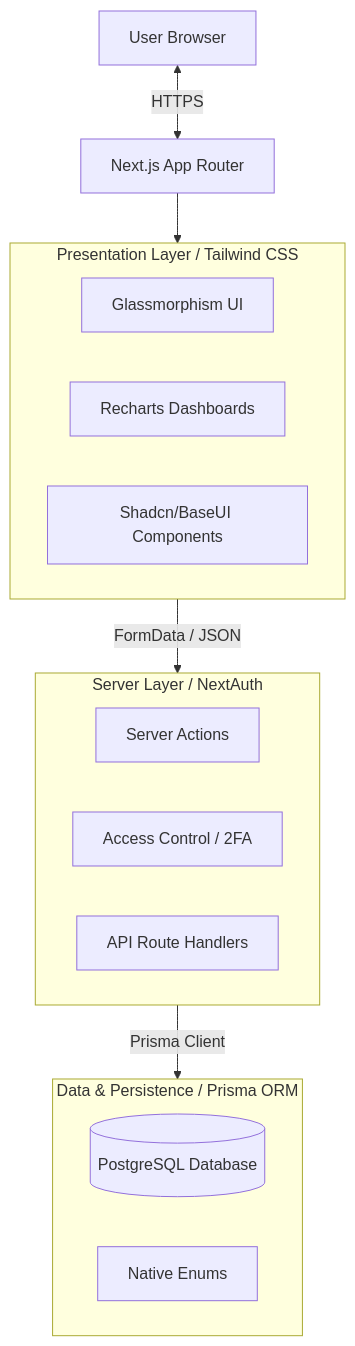
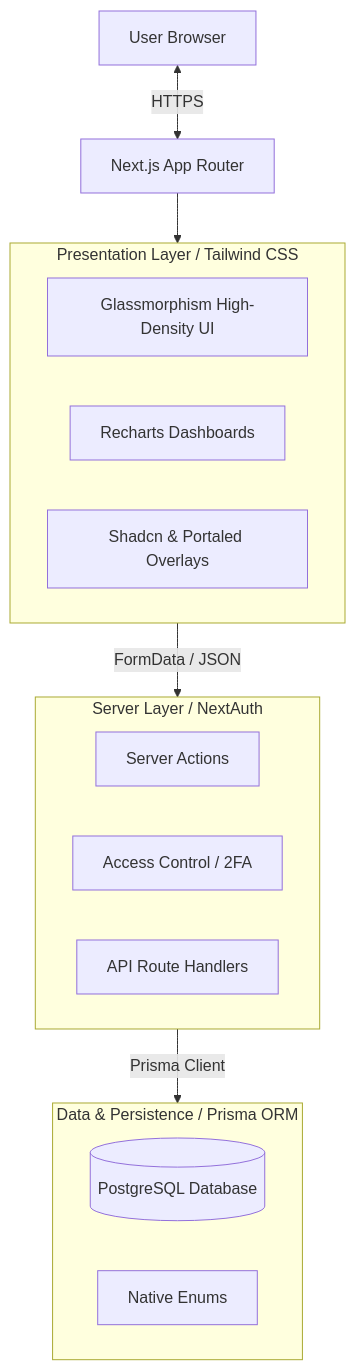
Before and after one commit to Cyber-Sec-Space/openticket: the first of 3 diagrams in docs/ARCHITECTURE.md, drawn with Mermaid. The commit also changed other lines of this file and 3 other files, not shown here.

Commit message:
docs: update README and ARCHITECTURE specs to reflect high-density layout and portal-based ui implementations

````diff
--- a/docs/ARCHITECTURE.md
+++ b/docs/ARCHITECTURE.md
@@ -12,25 +12,25 @@
 ```mermaid
 graph TD
     Client[User Browser] <-->|HTTPS| Router[Next.js App Router]
     
     subgraph Presentation_Layer [Presentation Layer / Tailwind CSS]
-        UI1[Glassmorphism UI]
+        UI1[Glassmorphism High-Density UI]
         UI2[Recharts Dashboards]
-        UI3[Shadcn/BaseUI Components]
+        UI3[Shadcn & Portaled Overlays]
     end
     
     subgraph Controller_Server [Server Layer / NextAuth]
         Action1[Server Actions]
         Action2[Access Control / 2FA]
         Action3[API Route Handlers]
     end
     
     subgraph Data_Layer [Data & Persistence / Prisma ORM]
         DB[(PostgreSQL Database)]
         PG_Enum[Native Enums]
     end
 
     Router --> Presentation_Layer
     Presentation_Layer -->|FormData / JSON| Controller_Server
     Controller_Server -->|Prisma Client| Data_Layer
 ```
````
